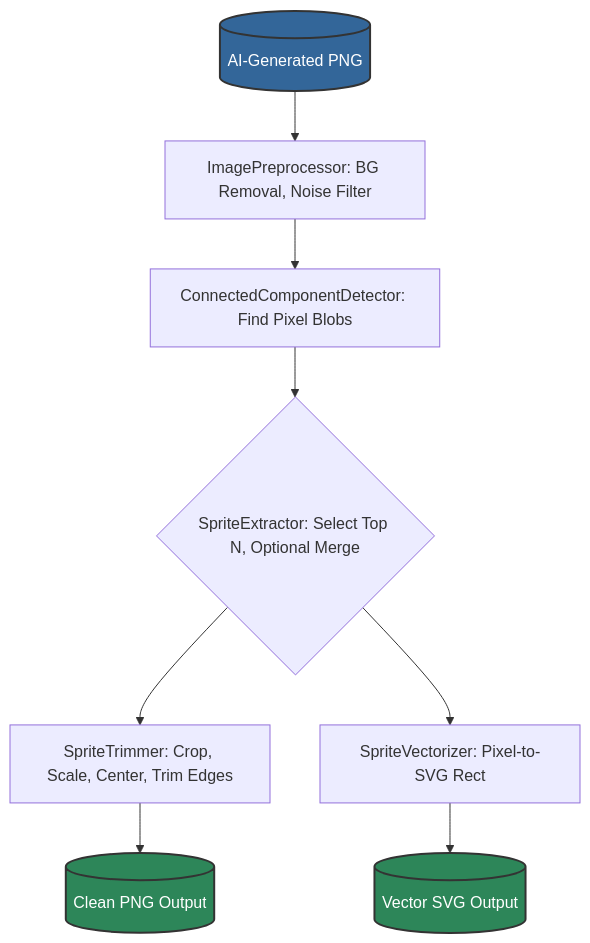
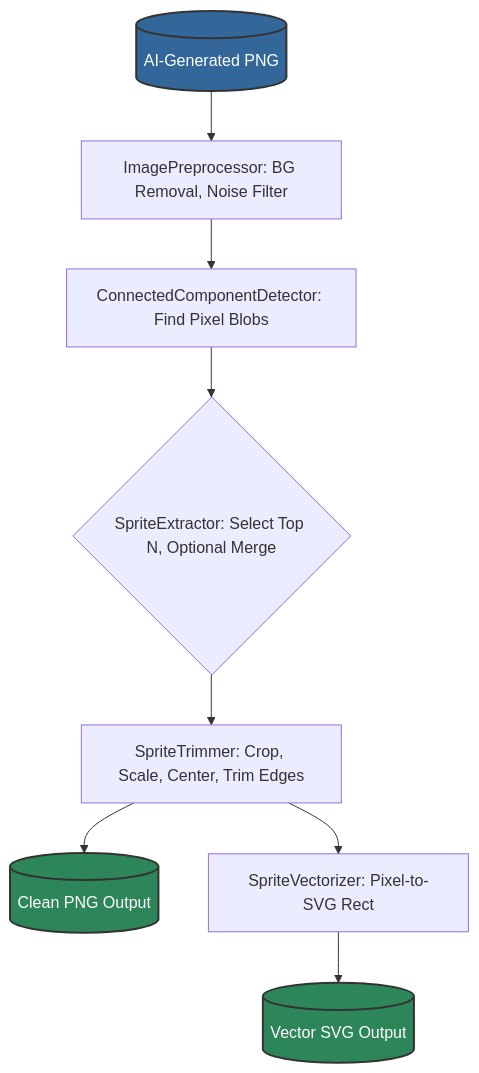
One commit to jakepalanca/PngToVectConverter changed the diagram in README.md. Above: the diagram before and after it, drawn with Mermaid. The commit also changed 1 other file, not shown here.

Commit message:
Reorder diagram elements in README to improve flow and clarity

````diff
--- a/README.md
+++ b/README.md
@@ -107,14 +107,14 @@
 ```mermaid
 graph TD
     A[(AI-Generated PNG)] --> B[ImagePreprocessor: BG Removal, Noise Filter]
     B --> C[ConnectedComponentDetector: Find Pixel Blobs]
     C --> D{SpriteExtractor: Select Top N, Optional Merge}
     D --> E[SpriteTrimmer: Crop, Scale, Center, Trim Edges]
-    D --> F[SpriteVectorizer: Pixel-to-SVG Rect]
     E --> G[(Clean PNG Output)]
+    E --> F[SpriteVectorizer: Pixel-to-SVG Rect]
     F --> H[(Vector SVG Output)]
 
     style A fill:#336699,stroke:#333,stroke-width:2px,color:#fff
     style G fill:#2D8659,stroke:#333,stroke-width:2px,color:#fff
     style H fill:#2D8659,stroke:#333,stroke-width:2px,color:#fff
 ```
````
